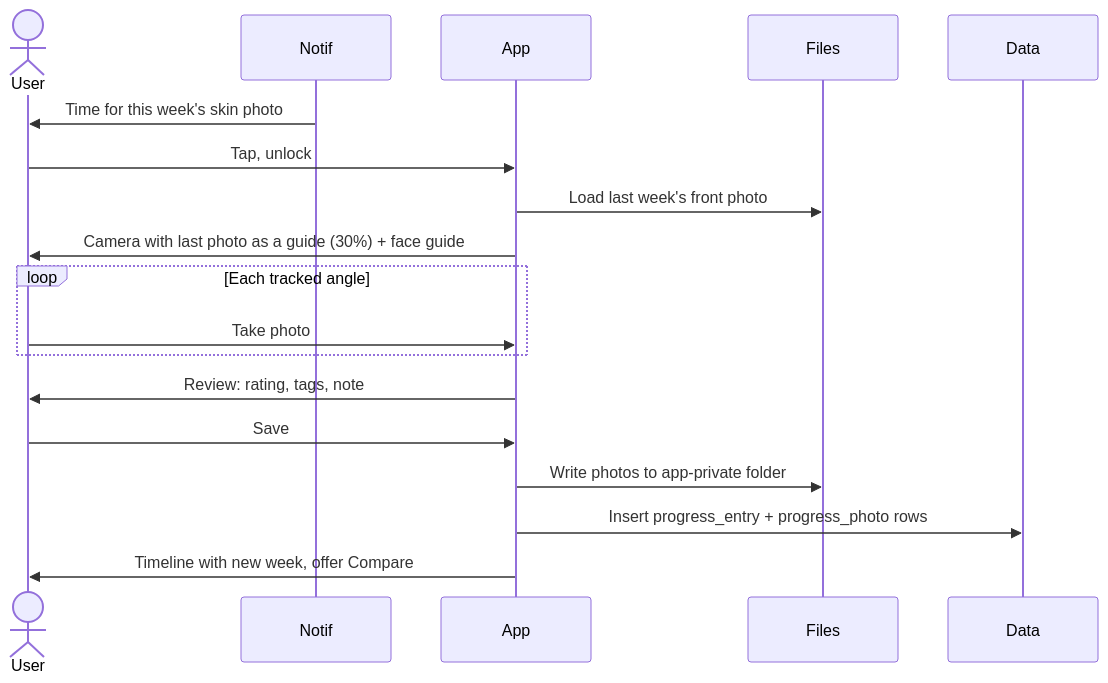
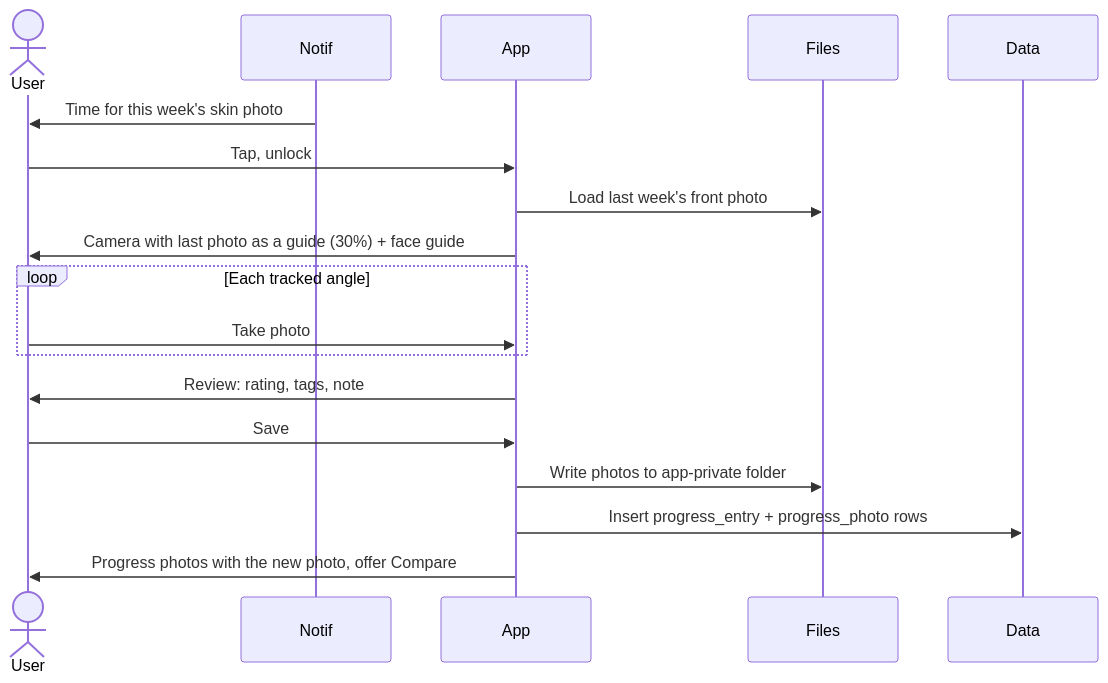
Before and after one commit to Justxs/Jx-Care: the ninth of 10 diagrams in docs/feature-spec.md, drawn with Mermaid. The commit also changed other lines of this file and 10 other files, not shown here.

````diff
--- a/docs/feature-spec.md
+++ b/docs/feature-spec.md
@@ -706,20 +706,20 @@
 ```mermaid
 sequenceDiagram
   actor U as User
   participant N as Notif
   participant A as App
   participant F as Files
   participant D as Data
   N->>U: Time for this week's skin photo
   U->>A: Tap, unlock
   A->>F: Load last week's front photo
   A->>U: Camera with last photo as a guide (30%) + face guide
   loop Each tracked angle
     U->>A: Take photo
   end
   A->>U: Review: rating, tags, note
   U->>A: Save
   A->>F: Write photos to app-private folder
   A->>D: Insert progress_entry + progress_photo rows
-  A->>U: Timeline with new week, offer Compare
+  A->>U: Progress photos with the new photo, offer Compare
 ```
````
